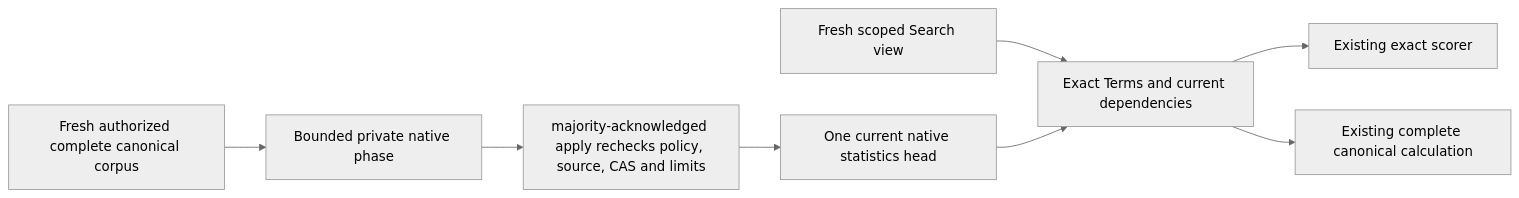
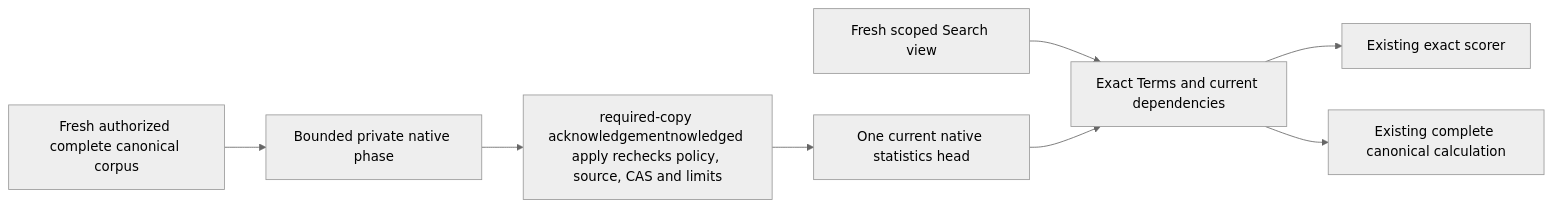
The first of 3 diagrams in docs/Features/Search/Bm25CorpusCurrent.md (managedcode/KeyLoad), drawn with Mermaid (neutral theme) before and after one commit. The commit also changed other lines of this file and 2010 other files, not shown here.

````diff
--- a/docs/Features/Search/Bm25CorpusCurrent.md
+++ b/docs/Features/Search/Bm25CorpusCurrent.md
@@ -66,10 +66,10 @@
 ```mermaid
 flowchart LR
     Capture[Fresh authorized complete canonical corpus] --> Phase[Bounded private native phase]
-    Phase --> Apply[majority-acknowledged apply rechecks policy, source, CAS and limits]
+    Phase --> Apply[required-copy acknowledgementnowledged apply rechecks policy, source, CAS and limits]
     Apply --> Head[One current native statistics head]
     Read[Fresh scoped Search view] --> Validate[Exact Terms and current dependencies]
     Head --> Validate
     Validate --> Reuse[Existing exact scorer]
     Validate --> Canonical[Existing complete canonical calculation]
 ```
````
